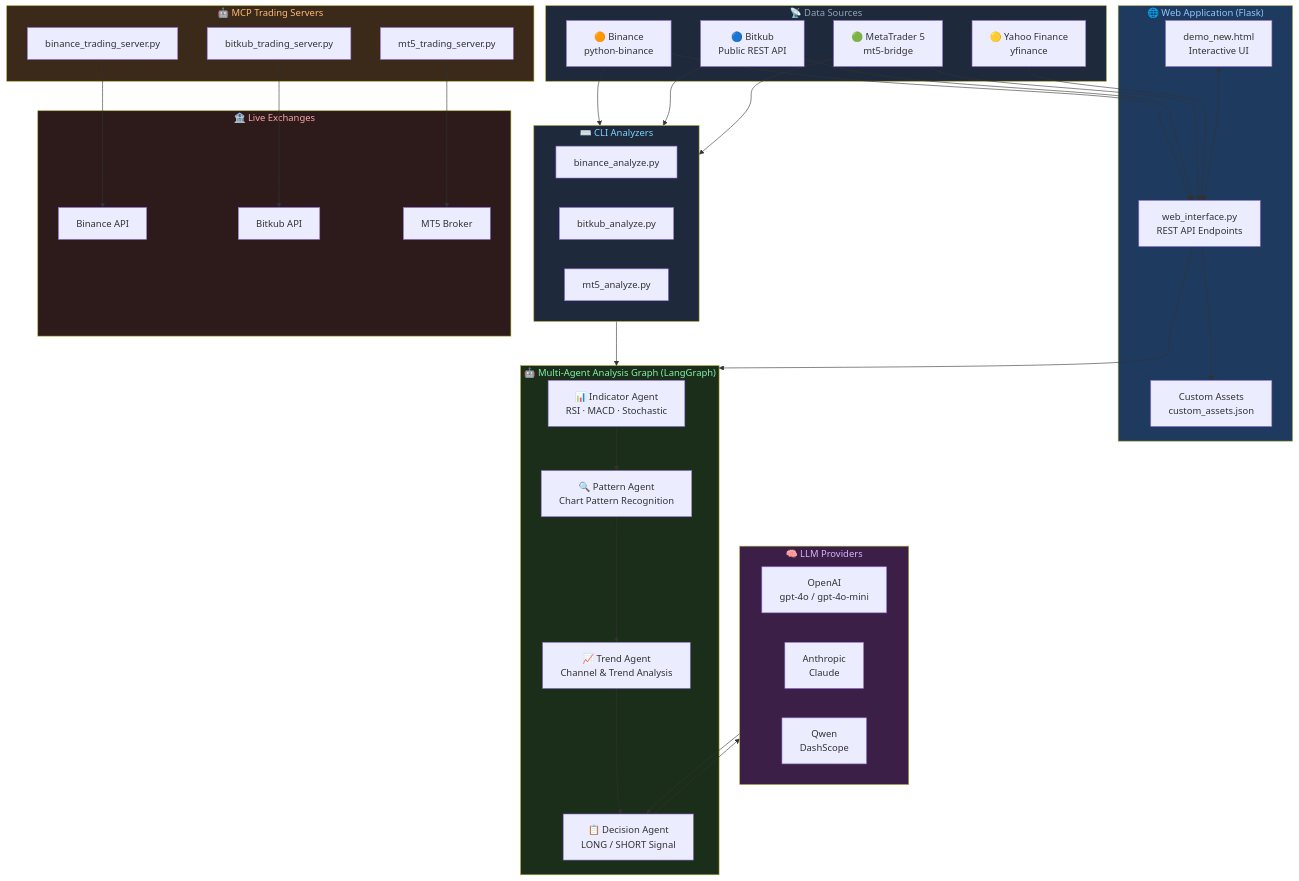
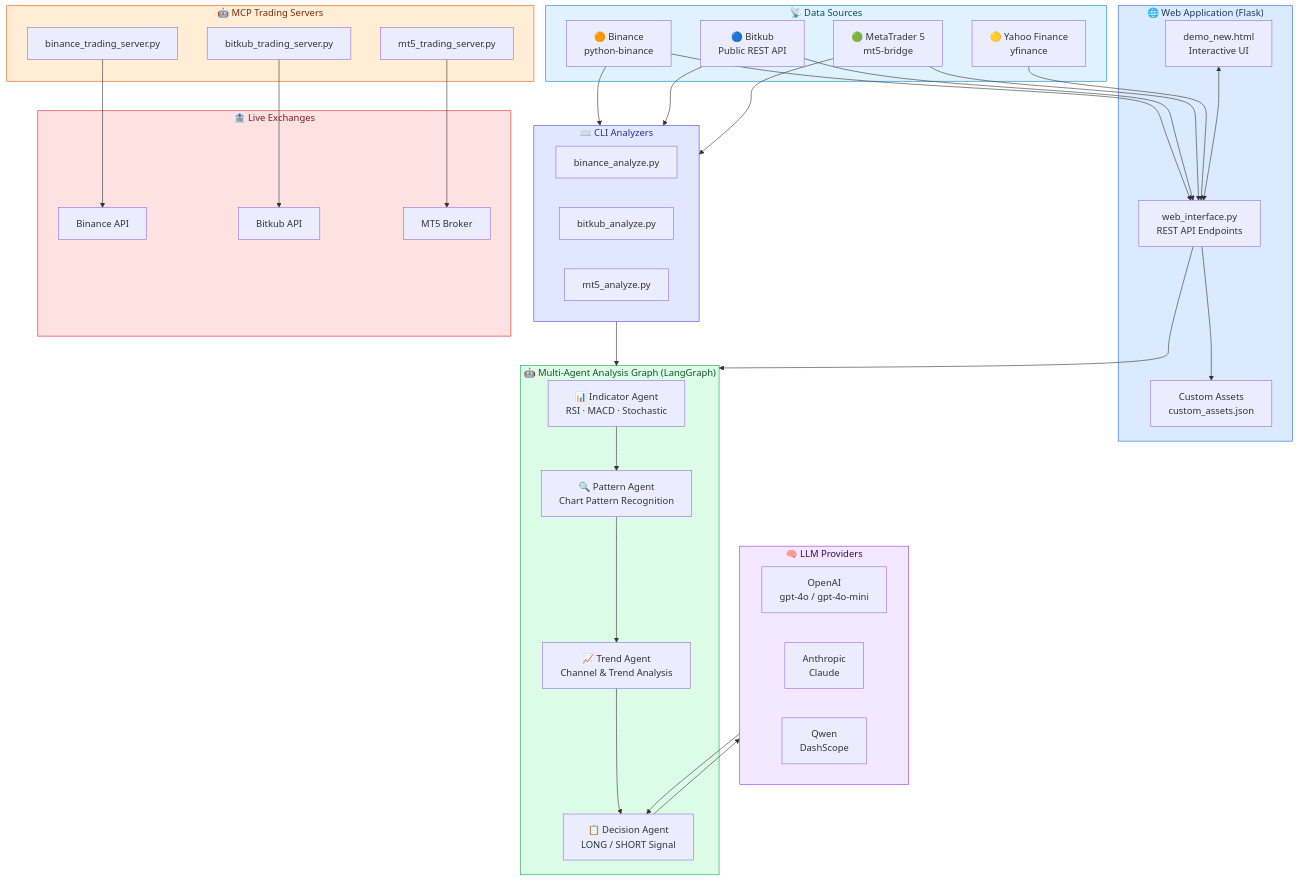
The diagram in README.md (appcorner/QuantAgent), drawn with Mermaid before and after one commit. The commit also changed 2 other files, not shown here.

````diff
--- a/README.md
+++ b/README.md
@@ -66,68 +66,68 @@
 ```mermaid
 graph TB
     subgraph DataSources ["📡 Data Sources"]
         YF["🟡 Yahoo Finance<br/>yfinance"]
         BIN["🟠 Binance<br/>python-binance"]
         BIT["🔵 Bitkub<br/>Public REST API"]
         MT5["🟢 MetaTrader 5<br/>mt5-bridge"]
     end
 
     subgraph CLI ["⌨️ CLI Analyzers"]
         BCLI["binance_analyze.py"]
         BKCLI["bitkub_analyze.py"]
         M5CLI["mt5_analyze.py"]
     end
 
     subgraph WebApp ["🌐 Web Application (Flask)"]
         UI["demo_new.html<br/>Interactive UI"]
         API["web_interface.py<br/>REST API Endpoints"]
         CFG["Custom Assets<br/>custom_assets.json"]
     end
 
     subgraph AgentGraph ["🤖 Multi-Agent Analysis Graph (LangGraph)"]
         IA["📊 Indicator Agent<br/>RSI · MACD · Stochastic"]
         PA["🔍 Pattern Agent<br/>Chart Pattern Recognition"]
         TA["📈 Trend Agent<br/>Channel & Trend Analysis"]
         DA["📋 Decision Agent<br/>LONG / SHORT Signal"]
     end
 
     subgraph LLM ["🧠 LLM Providers"]
         OAI["OpenAI<br/>gpt-4o / gpt-4o-mini"]
         ANT["Anthropic<br/>Claude"]
         QWN["Qwen<br/>DashScope"]
     end
 
     subgraph MCP ["🤖 MCP Trading Servers"]
         MMCP["mt5_trading_server.py"]
         BMCP["binance_trading_server.py"]
         BKMCP["bitkub_trading_server.py"]
     end
 
     subgraph Exchange ["🏦 Live Exchanges"]
         E_BIN["Binance API"]
         E_BIT["Bitkub API"]
         E_MT5["MT5 Broker"]
     end
 
     BIN & BIT & MT5 & YF --> API
     BIN & BIT & MT5 --> CLI
     API --> AgentGraph
     CLI --> AgentGraph
     IA --> PA --> TA --> DA
     DA --> LLM
     LLM --> DA
     UI <--> API
     API --> CFG
 
     MMCP --> E_MT5
     BMCP --> E_BIN
     BKMCP --> E_BIT
 
-    style DataSources fill:#1e293b,color:#94a3b8
-    style WebApp fill:#1e3a5f,color:#93c5fd
-    style AgentGraph fill:#1a2e1a,color:#86efac
-    style LLM fill:#3b1f47,color:#d8b4fe
-    style MCP fill:#3b2a1a,color:#fdba74
-    style CLI fill:#1e2a3b,color:#7dd3fc
-    style Exchange fill:#2d1b1b,color:#fca5a5
+    style DataSources fill:#e0f2fe,stroke:#0284c7,color:#0c4a6e
+    style WebApp fill:#dbeafe,stroke:#2563eb,color:#1e3a5f
+    style AgentGraph fill:#dcfce7,stroke:#16a34a,color:#14532d
+    style LLM fill:#f3e8ff,stroke:#9333ea,color:#3b0764
+    style MCP fill:#ffedd5,stroke:#ea580c,color:#7c2d12
+    style CLI fill:#e0e7ff,stroke:#4f46e5,color:#312e81
+    style Exchange fill:#fee2e2,stroke:#dc2626,color:#7f1d1d
 ```
````
